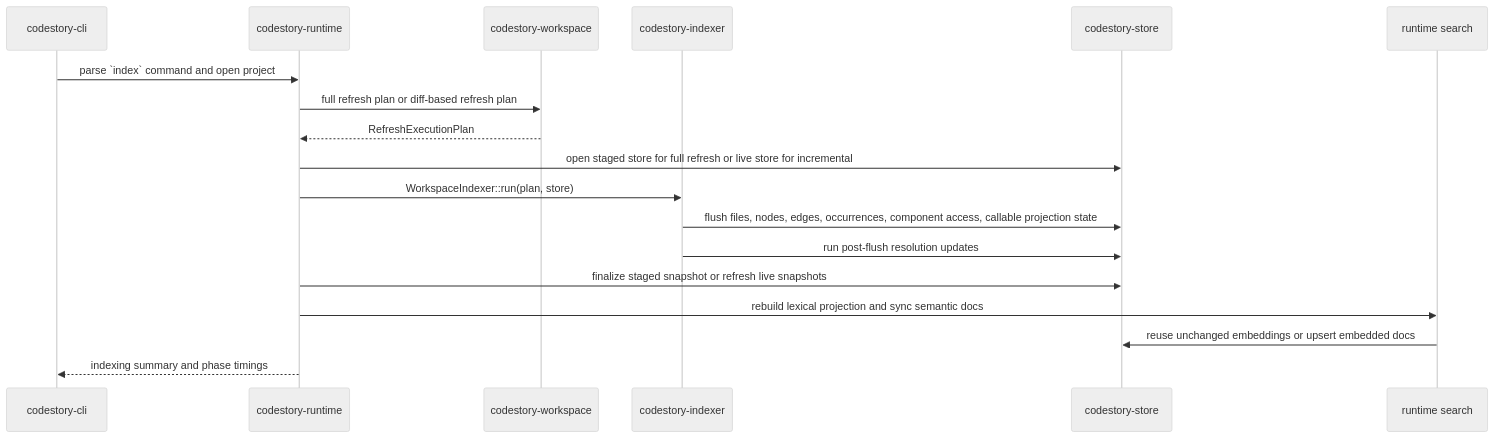
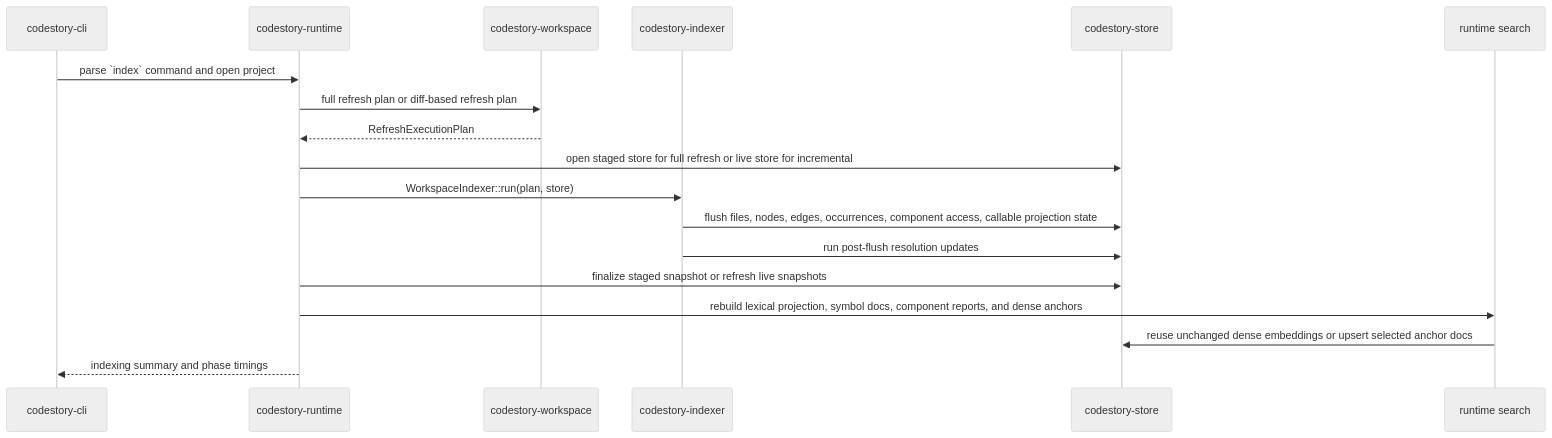
Before and after one commit to TheGreenCedar/CodeStory: the first of 2 diagrams in docs/architecture/indexing-pipeline.md, drawn with Mermaid (neutral theme). The commit also changed other lines of this file and 65 other files, not shown here.

````diff
--- a/docs/architecture/indexing-pipeline.md
+++ b/docs/architecture/indexing-pipeline.md
@@ -11,21 +11,21 @@
 ```mermaid
 sequenceDiagram
     participant CLI as codestory-cli
     participant Runtime as codestory-runtime
     participant Workspace as codestory-workspace
     participant Indexer as codestory-indexer
     participant Store as codestory-store
     participant Search as runtime search
 
     CLI->>Runtime: parse `index` command and open project
     Runtime->>Workspace: full refresh plan or diff-based refresh plan
     Workspace-->>Runtime: RefreshExecutionPlan
     Runtime->>Store: open staged store for full refresh or live store for incremental
     Runtime->>Indexer: WorkspaceIndexer::run(plan, store)
     Indexer->>Store: flush files, nodes, edges, occurrences, component access, callable projection state
     Indexer->>Store: run post-flush resolution updates
     Runtime->>Store: finalize staged snapshot or refresh live snapshots
-    Runtime->>Search: rebuild lexical projection and sync semantic docs
-    Search->>Store: reuse unchanged embeddings or upsert embedded docs
+    Runtime->>Search: rebuild lexical projection, symbol docs, component reports, and dense anchors
+    Search->>Store: reuse unchanged dense embeddings or upsert selected anchor docs
     Runtime-->>CLI: indexing summary and phase timings
 ```
````
